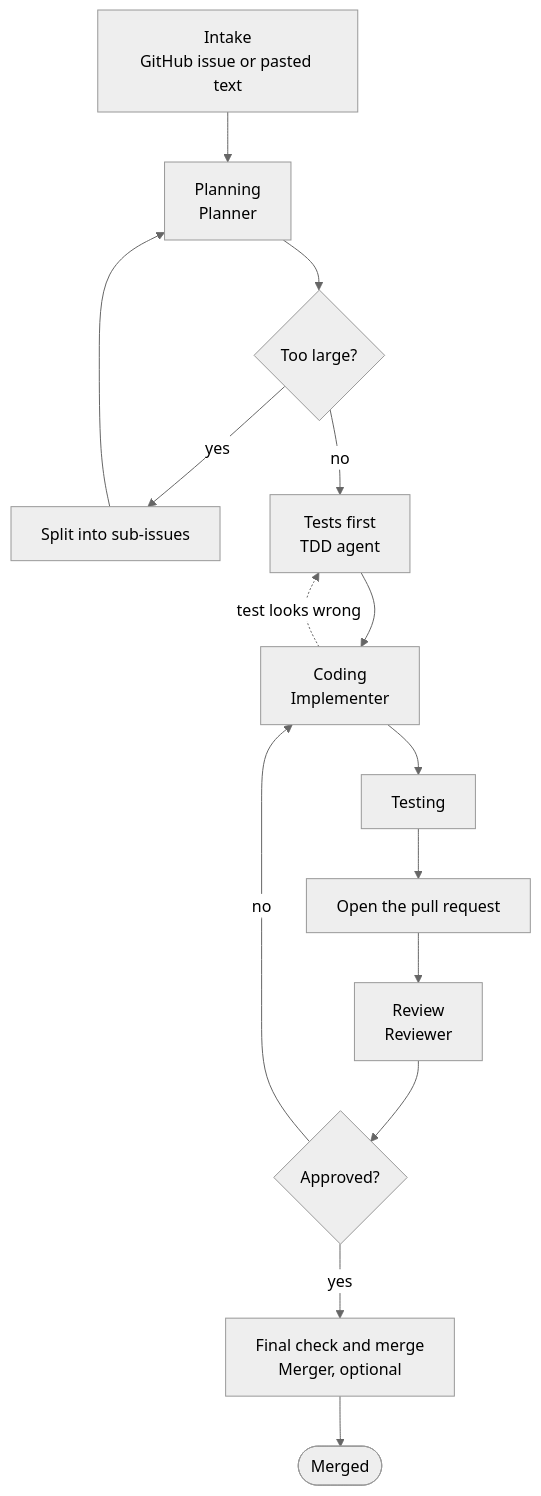
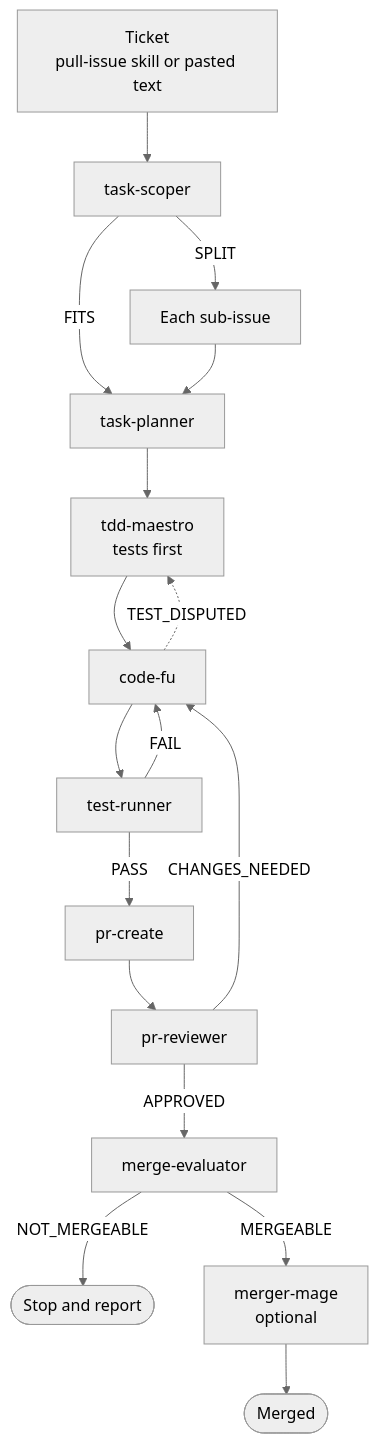
Before and after one commit to thelim3y/agentic-engineering-workflow-legacy: the diagram in README.md, drawn with Mermaid (neutral theme). The commit also changed other lines of this file, not shown here.

Commit message:
docs: update the README flow and agent names

````diff
--- a/README.md
+++ b/README.md
@@ -22,17 +24,18 @@
 ```mermaid
 flowchart TD
-    ticket["Intake<br/>GitHub issue or pasted text"] --> plan["Planning<br/>Planner"]
-    plan --> large{"Too large?"}
-    large -- yes --> split["Split into sub-issues"]
-    split --> plan
-    large -- no --> tests["Tests first<br/>TDD agent"]
-    tests --> code["Coding<br/>Implementer"]
-    code -. "test looks wrong" .-> tests
-    code --> test["Testing"]
-    test --> pr["Open the pull request"]
-    pr --> review["Review<br/>Reviewer"]
-    review --> ok{"Approved?"}
-    ok -- no --> code
-    ok -- yes --> merge["Final check and merge<br/>Merger, optional"]
+    ticket["Ticket<br/>pull-issue skill or pasted text"] --> scope["task-scoper"]
+    scope -- FITS --> plan["task-planner"]
+    scope -- SPLIT --> subs["Each sub-issue"] --> plan
+    plan --> tests["tdd-maestro<br/>tests first"]
+    tests --> code["code-fu"]
+    code -. TEST_DISPUTED .-> tests
+    code --> run["test-runner"]
+    run -- FAIL --> code
+    run -- PASS --> pr["pr-create"]
+    pr --> review["pr-reviewer"]
+    review -- CHANGES_NEEDED --> code
+    review -- APPROVED --> eval["merge-evaluator"]
+    eval -- NOT_MERGEABLE --> stop(["Stop and report"])
+    eval -- MERGEABLE --> merge["merger-mage<br/>optional"]
     merge --> done(["Merged"])
 ```
````
